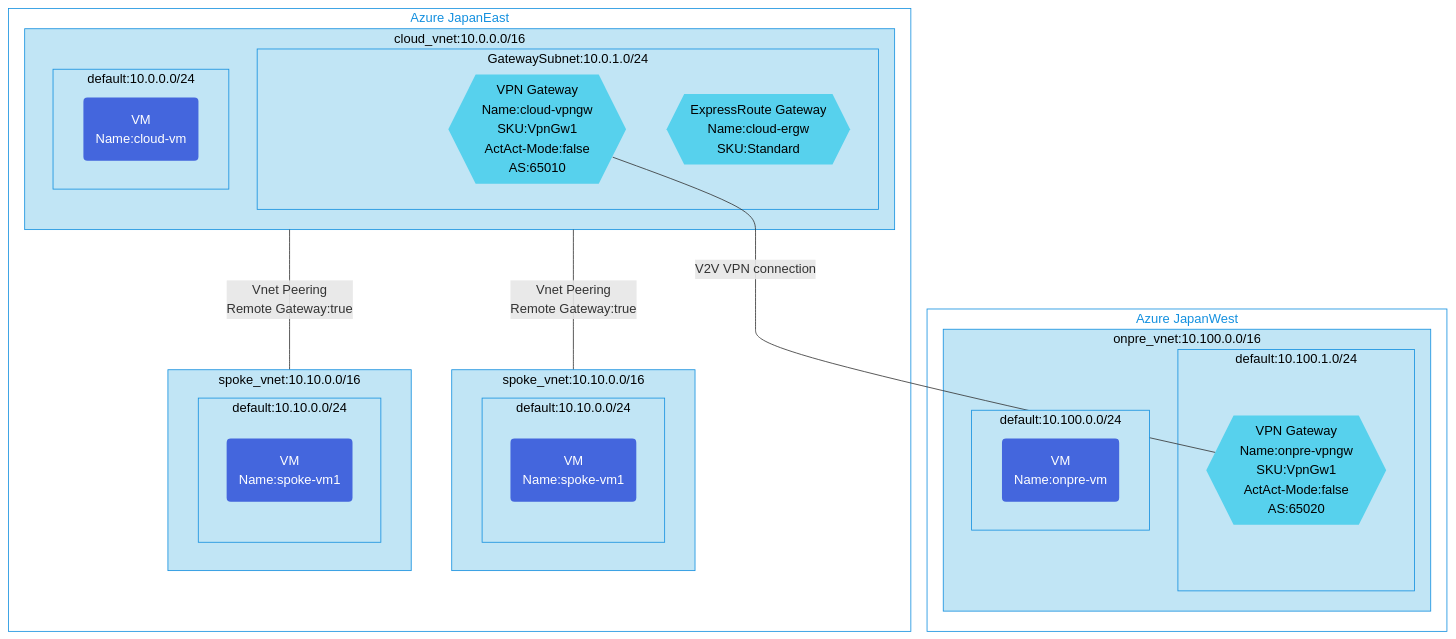
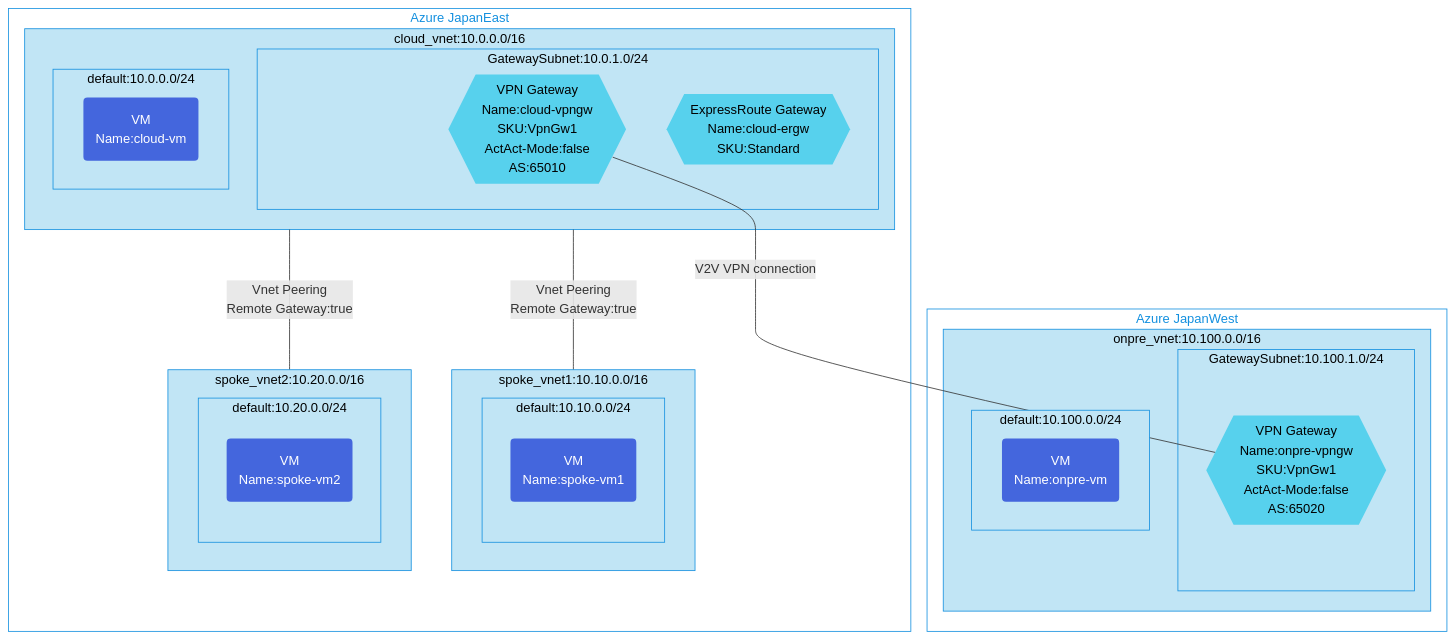
Before and after one commit to toizumi03/bicep-templates: the diagram in er-vpn-coexistence-hub-spoke-env/README.md, drawn with Mermaid. The commit also changed other lines of this file, not shown here.

Commit message:
Update er-vpn-coexistence-hub-spoke-env README.md with comprehensive documentation

````diff
--- a/er-vpn-coexistence-hub-spoke-env/README.md
+++ b/er-vpn-coexistence-hub-spoke-env/README.md
@@ -3,61 +4,61 @@
 ```mermaid
 graph TB;
 %% Groups and Services
 subgraph GR1[Azure JapanEast]
   subgraph GV1[cloud_vnet:10.0.0.0/16]
       subgraph GVS2[GatewaySubnet:10.0.1.0/24]
         VPNGW1{{"VPN Gateway<br/>Name:cloud-vpngw<br/>SKU:VpnGw1<br/>ActAct-Mode:false<br/>AS:65010"}}
         ERGW1{{"ExpressRoute Gateway<br/>Name:cloud-ergw<br/>SKU:Standard"}}
       end
       subgraph GVS1[default:10.0.0.0/24]
         CP1("VM<br/>Name:cloud-vm")
       end
   end
-  subgraph GV2[spoke_vnet:10.10.0.0/16]
+  subgraph GV2[spoke_vnet1:10.10.0.0/16]
       subgraph GVS3[default:10.10.0.0/24]
         CP3("VM<br/>Name:spoke-vm1")
       end
 end
-  subgraph GV3[spoke_vnet:10.10.0.0/16]
-      subgraph GVS4[default:10.10.0.0/24]
-        CP4("VM<br/>Name:spoke-vm1")
+  subgraph GV3[spoke_vnet2:10.20.0.0/16]
+      subgraph GVS4[default:10.20.0.0/24]
+        CP4("VM<br/>Name:spoke-vm2")
       end
 end
 end
 subgraph GR2[Azure JapanWest]
   subgraph ONPV1[onpre_vnet:10.100.0.0/16]
-     subgraph ONPS1[default:10.100.1.0/24]
+     subgraph ONPS1[GatewaySubnet:10.100.1.0/24]
       VPNGW2{{"VPN Gateway<br/>Name:onpre-vpngw<br/>SKU:VpnGw1<br/>ActAct-Mode:false<br/>AS:65020"}}
     end
       subgraph ONPS2[default:10.100.0.0/24]
         CP2("VM<br/>Name:onpre-vm")
     end
 end
 end
 
 %% Relation for resources
 VPNGW1 --V2V VPN connection--- VPNGW2
 GV1 --Vnet Peering<br/>Remote Gateway:true---GV2
 GV1 --Vnet Peering<br/>Remote Gateway:true---GV3
 
 %% Groups style
 classDef GSR fill:#fff,color:#1490df,stroke:#1490df
 class GR1,GR2 GSR
 
 classDef SGV1 fill:#c1e5f5,color:#000,stroke:#1490df
-class GV1,GV2,GV3,GC2,GVS1,GVS2,GVS3,GVS4 SGV1
+class GV1,GV2,GV3,GVS1,GVS2,GVS3,GVS4 SGV1
 
 classDef SGonpV fill:#c1e5f5,color:#000,stroke:#1490df
 class ONPV1,ONPS1,ONPS2 SGonpV
  
 %% Service Style
 classDef SCP fill:#4466dd,color:#fff,stroke:none
 class CP1,CP2,CP3,CP4 SCP
 
 classDef SVPNGW fill:#57d1ed,color:#000,stroke:none
 class VPNGW1,VPNGW2,ERGW1 SVPNGW
 
 classDef SLNGW fill:#70b126,color:#fff,stroke:none
 class LNGW1,LNGW2 SLNGW
 
 ```
````
